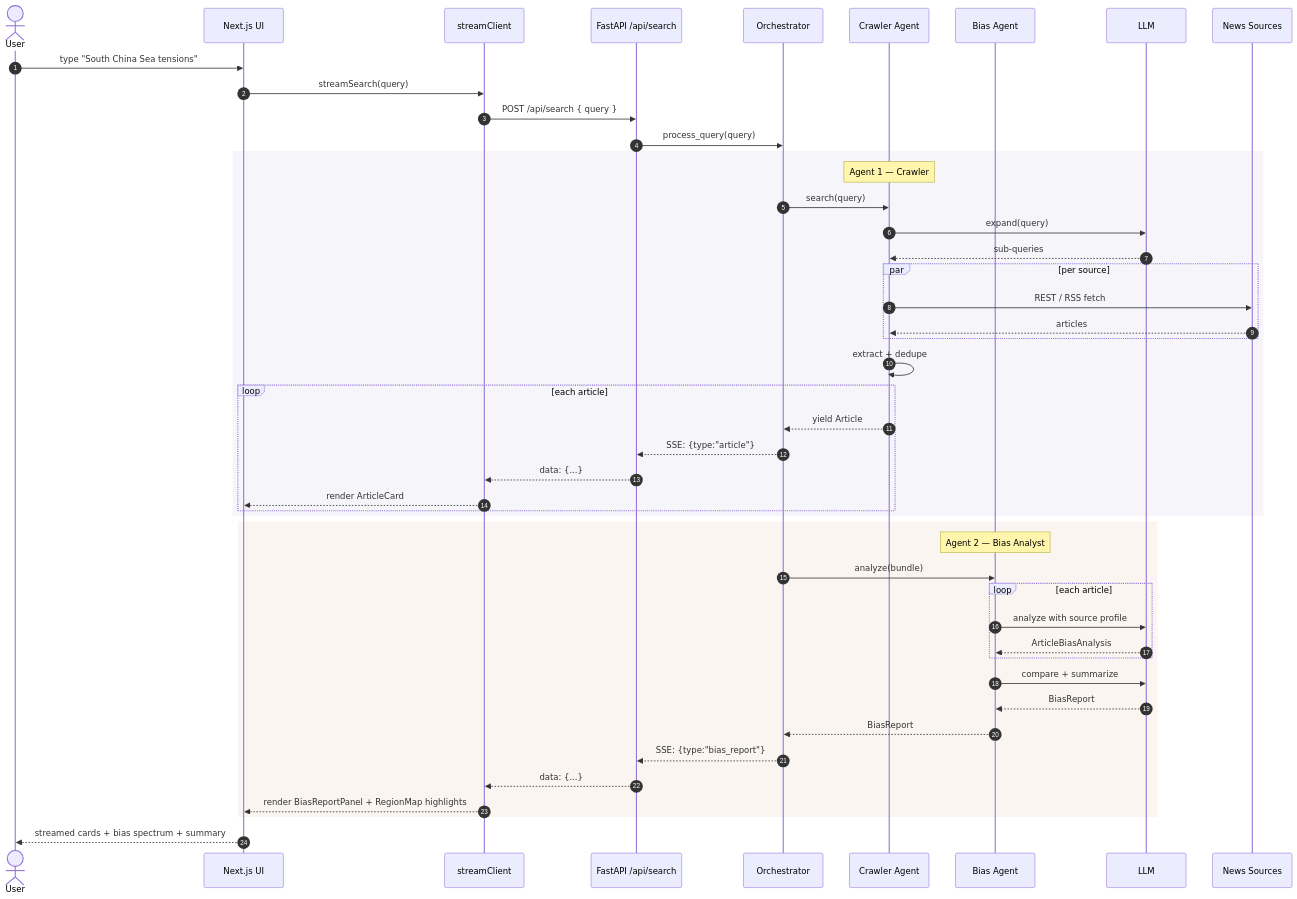
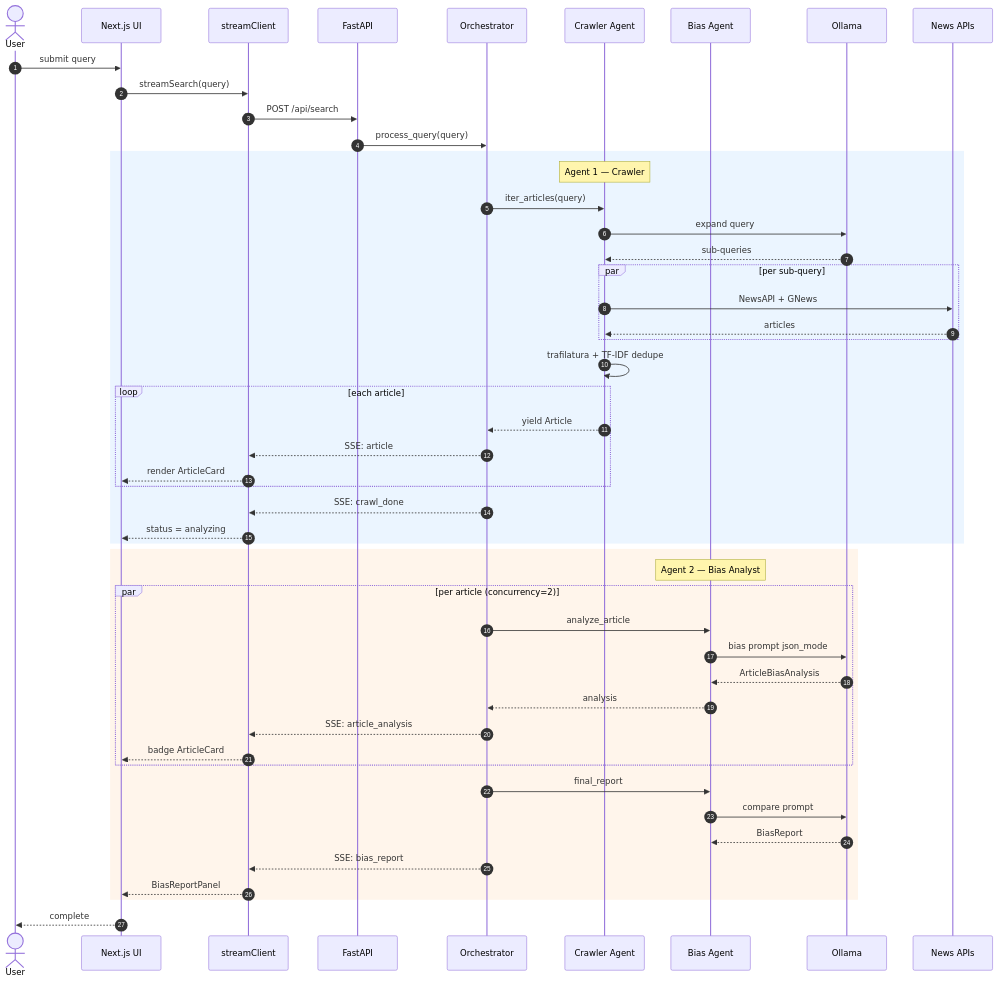
One commit to floron1337/the-lighthouse-project changed the third of 5 diagrams in docs/ARCHITECTURE_UML.md. Above: the diagram before and after it, drawn with Mermaid. The commit also changed other lines of this file and 6 other files, not shown here.

Commit message:
added arhitecture diagrams

````diff
--- a/docs/ARCHITECTURE_UML.md
+++ b/docs/ARCHITECTURE_UML.md
@@ -154,53 +155,56 @@
 ```mermaid
 sequenceDiagram
   autonumber
   actor User
   participant UI as Next.js UI
   participant SC as streamClient
-  participant API as FastAPI /api/search
+  participant API as FastAPI
   participant ORCH as Orchestrator
   participant A1 as Crawler Agent
   participant A2 as Bias Agent
-  participant LLM
-  participant SRC as News Sources
+  participant LLM as Ollama
+  participant SRC as News APIs
 
-  User->>UI: type "South China Sea tensions"
+  User->>UI: submit query
   UI->>SC: streamSearch(query)
-  SC->>API: POST /api/search { query }
+  SC->>API: POST /api/search
   API->>ORCH: process_query(query)
 
-  rect rgb(245, 245, 250)
-    note over A1: Agent 1 — Crawler
-    ORCH->>A1: search(query)
-    A1->>LLM: expand(query)
+  rect rgb(235,245,255)
+    Note over A1: Agent 1 — Crawler
+    ORCH->>A1: iter_articles(query)
+    A1->>LLM: expand query
     LLM-->>A1: sub-queries
-    par per source
-      A1->>SRC: REST / RSS fetch
+    par per sub-query
+      A1->>SRC: NewsAPI + GNews
       SRC-->>A1: articles
     end
-    A1->>A1: extract + dedupe
+    A1->>A1: trafilatura + TF-IDF dedupe
     loop each article
       A1-->>ORCH: yield Article
-      ORCH-->>API: SSE: {type:"article"}
-      API-->>SC: data: {...}
+      ORCH-->>SC: SSE: article
       SC-->>UI: render ArticleCard
     end
+    ORCH-->>SC: SSE: crawl_done
+    SC-->>UI: status = analyzing
   end
 
-  rect rgb(250, 245, 240)
-    note over A2: Agent 2 — Bias Analyst
-    ORCH->>A2: analyze(bundle)
-    loop each article
-      A2->>LLM: analyze with source profile
+  rect rgb(255,245,235)
+    Note over A2: Agent 2 — Bias Analyst
+    par per article (concurrency=2)
+      ORCH->>A2: analyze_article
+      A2->>LLM: bias prompt json_mode
       LLM-->>A2: ArticleBiasAnalysis
+      A2-->>ORCH: analysis
+      ORCH-->>SC: SSE: article_analysis
+      SC-->>UI: badge ArticleCard
     end
-    A2->>LLM: compare + summarize
+    ORCH->>A2: final_report
+    A2->>LLM: compare prompt
     LLM-->>A2: BiasReport
-    A2-->>ORCH: BiasReport
-    ORCH-->>API: SSE: {type:"bias_report"}
-    API-->>SC: data: {...}
-    SC-->>UI: render BiasReportPanel + RegionMap highlights
+    ORCH-->>SC: SSE: bias_report
+    SC-->>UI: BiasReportPanel
   end
 
-  UI-->>User: streamed cards + bias spectrum + summary
+  UI-->>User: complete
 ```
````
